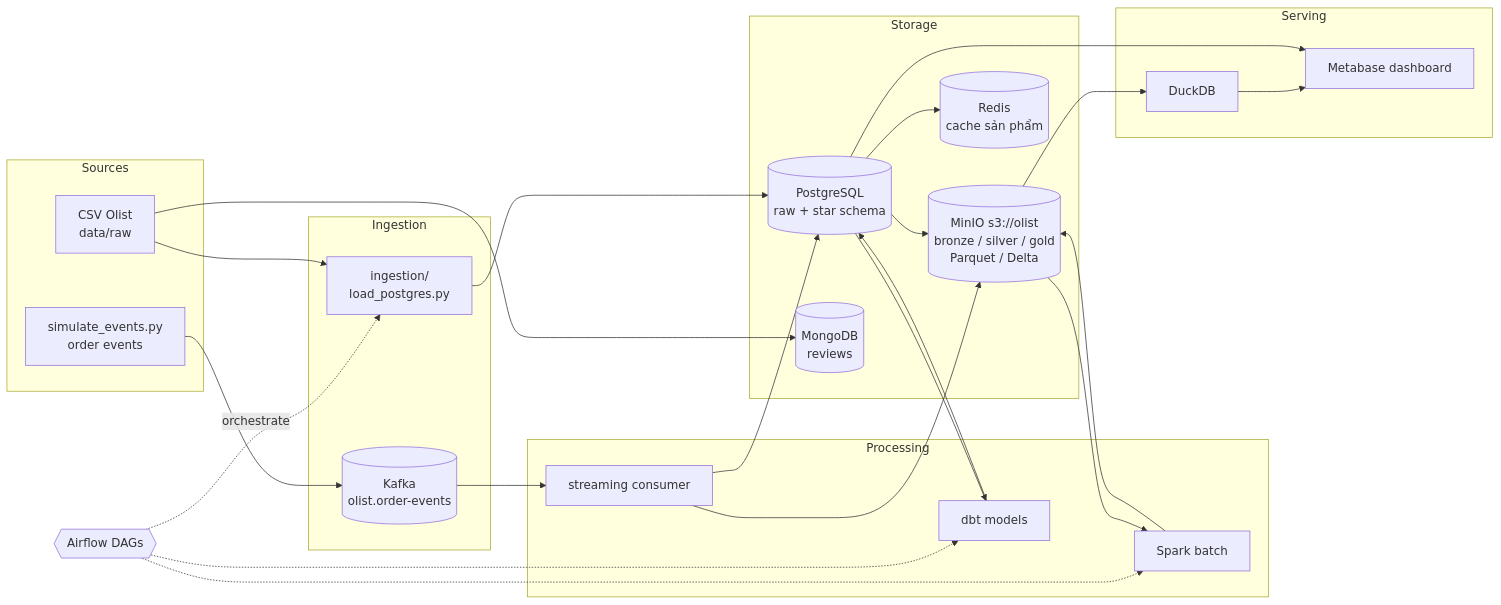
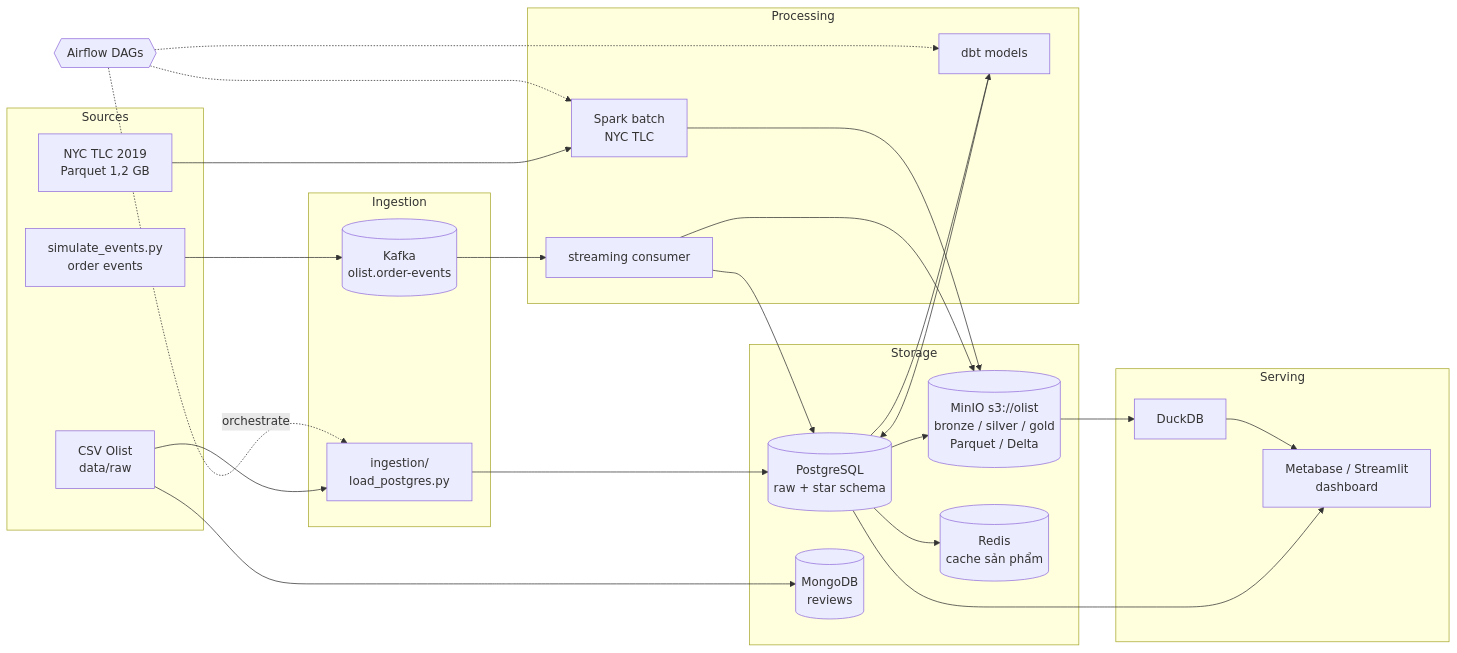
One commit to Buicongbang04/Learning_Platform changed the first of 2 diagrams in tracks/data-engineer/capstone/README.md. Above: the diagram before and after it, drawn with Mermaid. The commit also changed other lines of this file and 10 other files, not shown here.

Commit message:
Capstone: Olist thật làm mặc định, nền tảng hai nguồn Olist + NYC TLC (M06 Spark trên NYC TLC, nối bài 06/intermediate/04), Bước 0 notebook khám phá, mục Bài nộp cuối; cập nhật lệnh và tiêu chí M01–M11 (M09/M10 khớp bài nộp cuối, M11 dùng Olist thật)

````diff
--- a/tracks/data-engineer/capstone/README.md
+++ b/tracks/data-engineer/capstone/README.md
@@ -30,45 +55,46 @@
 ```mermaid
 flowchart LR
     subgraph Sources
         CSV[CSV Olist<br/>data/raw]
+        TLC[NYC TLC 2019<br/>Parquet 1,2 GB]
         EV[simulate_events.py<br/>order events]
     end
 
     subgraph Ingestion
         ING[ingestion/<br/>load_postgres.py]
         KAFKA[(Kafka<br/>olist.order-events)]
     end
 
     subgraph Storage
         PG[(PostgreSQL<br/>raw + star schema)]
         LAKE[(MinIO s3://olist<br/>bronze / silver / gold<br/>Parquet / Delta)]
         REDIS[(Redis<br/>cache sản phẩm)]
         MONGO[(MongoDB<br/>reviews)]
     end
 
     subgraph Processing
         DBT[dbt models]
-        SPARK[Spark batch]
+        SPARK[Spark batch<br/>NYC TLC]
         STREAM[streaming consumer]
     end
 
     subgraph Serving
         DUCK[DuckDB]
-        MB[Metabase dashboard]
+        MB[Metabase / Streamlit<br/>dashboard]
     end
 
     AF{{Airflow DAGs}} -.orchestrate.-> ING
     AF -.-> DBT
     AF -.-> SPARK
 
     CSV --> ING --> PG
     PG --> DBT --> PG
     PG --> LAKE
-    LAKE --> SPARK --> LAKE
+    TLC --> SPARK --> LAKE
     LAKE --> DUCK --> MB
     PG --> MB
     PG --> REDIS
     CSV --> MONGO
     EV --> KAFKA --> STREAM --> PG
     STREAM --> LAKE
 ```
````
